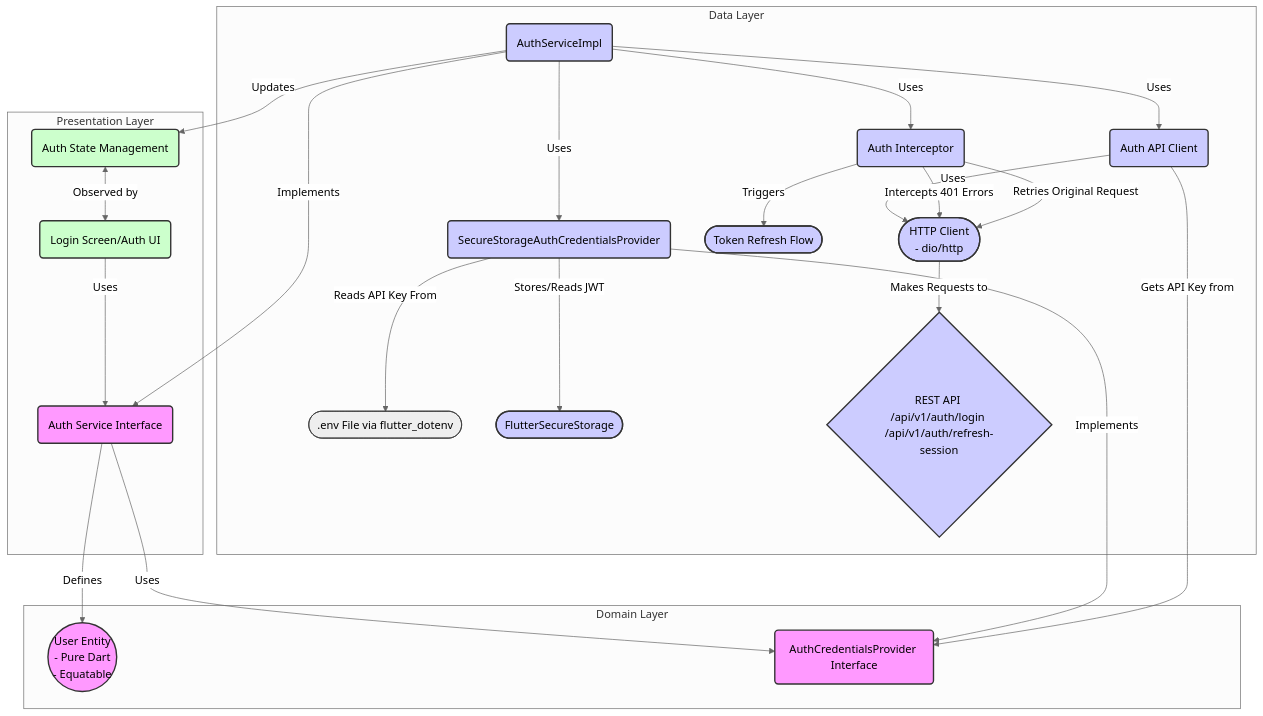
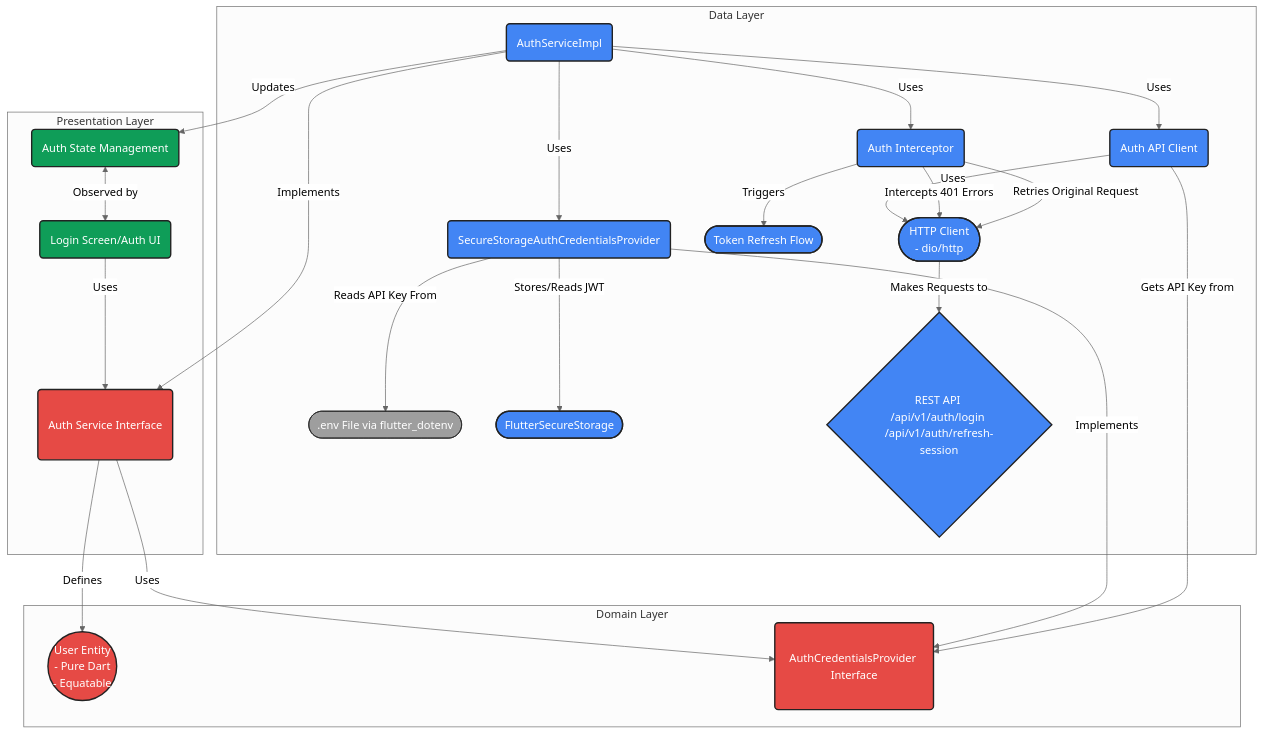
The second of 3 diagrams in docs/fresh-start/architecture.md (MediScribe/docjet-mobile), drawn with Mermaid (neutral theme) before and after one commit. The commit also changed other lines of this file, not shown here.

First line of the commit message:
improve diagram contrast with consistent color scheme

````diff
--- a/docs/fresh-start/architecture.md
+++ b/docs/fresh-start/architecture.md
@@ -52,44 +55,44 @@
 ```mermaid
 graph TD
     subgraph "Presentation Layer"
         UI(Login Screen/Auth UI) -->|Uses| AuthService(Auth Service Interface)
         AuthState(Auth State Management) <-->|Observed by| UI
     end
 
     subgraph "Domain Layer"
-        AuthService -->|Defines| User((User Entity\n- Pure Dart\n- Equatable))
+        AuthService -->|Defines| User((User Entity<br>- Pure Dart<br>- Equatable))
         AuthService -->|Uses| AuthCredProvider(AuthCredentialsProvider Interface)
     end
 
     subgraph "Data Layer"
         AuthServiceImpl(AuthServiceImpl) -->|Implements| AuthService
         AuthServiceImpl -->|Uses| AuthApiClient(Auth API Client)
         AuthServiceImpl -->|Updates| AuthState
         AuthServiceImpl -->|Uses| AuthCredProviderImpl(SecureStorageAuthCredentialsProvider)
         AuthServiceImpl -->|Uses| AuthInterceptor(Auth Interceptor)
         
         AuthCredProviderImpl -->|Implements| AuthCredProvider
         AuthCredProviderImpl -->|Reads API Key From| DotEnv([.env File via flutter_dotenv])
         AuthCredProviderImpl -->|Stores/Reads JWT| SecureStorage([FlutterSecureStorage])
         
-        AuthApiClient -->|Uses| HttpClient([HTTP Client\n- dio/http])
+        AuthApiClient -->|Uses| HttpClient([HTTP Client<br>- dio/http])
         AuthApiClient -->|Gets API Key from| AuthCredProvider
         
         AuthInterceptor -->|Intercepts 401 Errors| HttpClient
         AuthInterceptor -->|Triggers| TokenRefresh([Token Refresh Flow])
         AuthInterceptor -->|Retries Original Request| HttpClient
         
         HttpClient -->|Makes Requests to| AuthAPI{REST API /api/v1/auth/login /api/v1/auth/refresh-session}
     end
 
-    %% Styling
-    classDef domain fill:#f9f,stroke:#333,stroke-width:2px;
-    classDef data fill:#ccf,stroke:#333,stroke-width:2px;
-    classDef presentation fill:#cfc,stroke:#333,stroke-width:2px;
-    classDef external fill:#eee,stroke:#333,stroke-width:1px;
+    %% Styling with improved contrast
+    classDef domain fill:#E64A45,stroke:#222,stroke-width:2px,color:#fff,padding:15px;
+    classDef data fill:#4285F4,stroke:#222,stroke-width:2px,color:#fff;
+    classDef presentation fill:#0F9D58,stroke:#222,stroke-width:2px,color:#fff;
+    classDef external fill:#9E9E9E,stroke:#222,stroke-width:1px,color:#fff;
 
     class UI,AuthState presentation;
     class AuthService,User,AuthCredProvider domain;
     class AuthServiceImpl,AuthCredProviderImpl,SecureStorage,HttpClient,AuthAPI,AuthApiClient,AuthInterceptor,TokenRefresh data;
     class DotEnv external;
 ```
````
